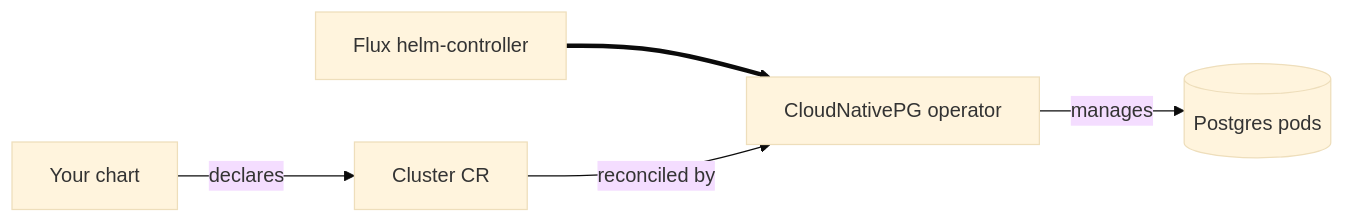
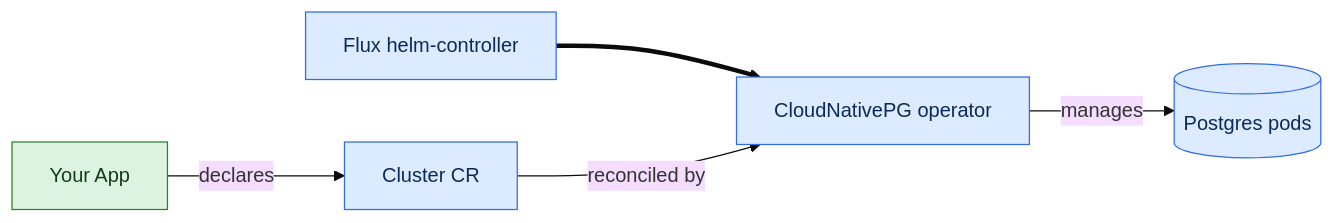
One commit to windsorcli/core changed the diagram in docs/guides/database/cloudnativepg.md. Above: the diagram before and after it, drawn with Mermaid (base theme). The commit also changed other lines of this file and 4 other files, not shown here.

````diff
--- a/docs/guides/database/cloudnativepg.md
+++ b/docs/guides/database/cloudnativepg.md
@@ -20,13 +52,17 @@
 ```mermaid
 flowchart LR
   flux[Flux helm-controller]
   operator[CloudNativePG operator]
-  chart[Your chart]
+  app[Your App]
   cluster[Cluster CR]
   pg[(Postgres pods)]
 
   flux ==> operator
-  chart -->|declares| cluster
+  app -->|declares| cluster
   cluster -->|reconciled by| operator
   operator -->|manages| pg
+  classDef k8s fill:#DCEBFF,stroke:#326CE5,color:#0B2A5B
+  classDef app fill:#DDF3E1,stroke:#2E7D32,color:#123D17
+  class flux,operator,cluster,pg k8s
+  class app app
 ```
````
